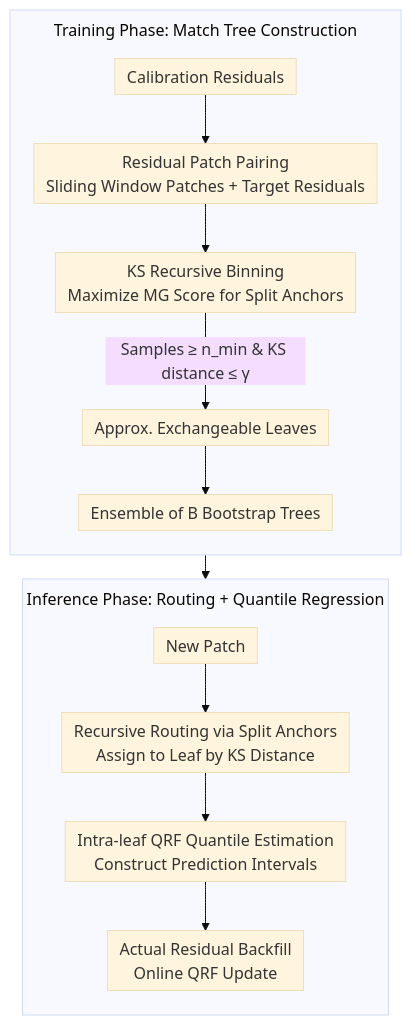
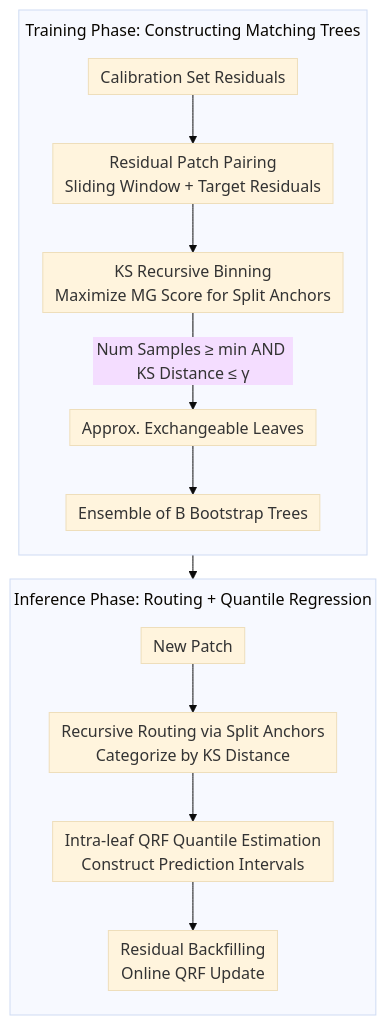
Before and after one commit to zhaoyang97/Paper-Notes-en: the diagram in docs/ICML2026/time_series/distmatch_adaptive_binning_via_distribution_matching_for_robust_sequential_confo.md, drawn with Mermaid (base theme). The commit also changed other lines of this file and 5084 other files, not shown here.

````diff
--- a/docs/ICML2026/time_series/distmatch_adaptive_binning_via_distribution_matching_for_robust_sequential_confo.md
+++ b/docs/ICML2026/time_series/distmatch_adaptive_binning_via_distribution_matching_for_robust_sequential_confo.md
@@ -46,18 +46,18 @@
 ```mermaid
 %%{init: {'flowchart': {'rankSpacing': 24, 'nodeSpacing': 28, 'padding': 6, 'wrappingWidth': 400, 'subGraphTitleMargin': {'top': 8, 'bottom': 16}}}}%%
 flowchart TD
-    subgraph TR["Training Phase: Match Tree Construction"]
+    subgraph TR["Training Phase: Constructing Matching Trees"]
         direction TB
-        A["Calibration Residuals"] --> B["Residual Patch Pairing<br/>Sliding Window Patches + Target Residuals"]
+        A["Calibration Set Residuals"] --> B["Residual Patch Pairing<br/>Sliding Window + Target Residuals"]
         B --> C["KS Recursive Binning<br/>Maximize MG Score for Split Anchors"]
-        C -->|"Samples ≥ n_min & KS distance ≤ γ"| D["Approx. Exchangeable Leaves"]
+        C -->|"Num Samples ≥ min AND KS Distance ≤ γ"| D["Approx. Exchangeable Leaves"]
         D --> E["Ensemble of B Bootstrap Trees"]
     end
     subgraph IN["Inference Phase: Routing + Quantile Regression"]
         direction TB
-        F["New Patch"] --> G["Recursive Routing via Split Anchors<br/>Assign to Leaf by KS Distance"]
+        F["New Patch"] --> G["Recursive Routing via Split Anchors<br/>Categorize by KS Distance"]
         G --> H["Intra-leaf QRF Quantile Estimation<br/>Construct Prediction Intervals"]
-        H --> I["Actual Residual Backfill<br/>Online QRF Update"]
+        H --> I["Residual Backfilling<br/>Online QRF Update"]
     end
     E --> F
 ```
````
